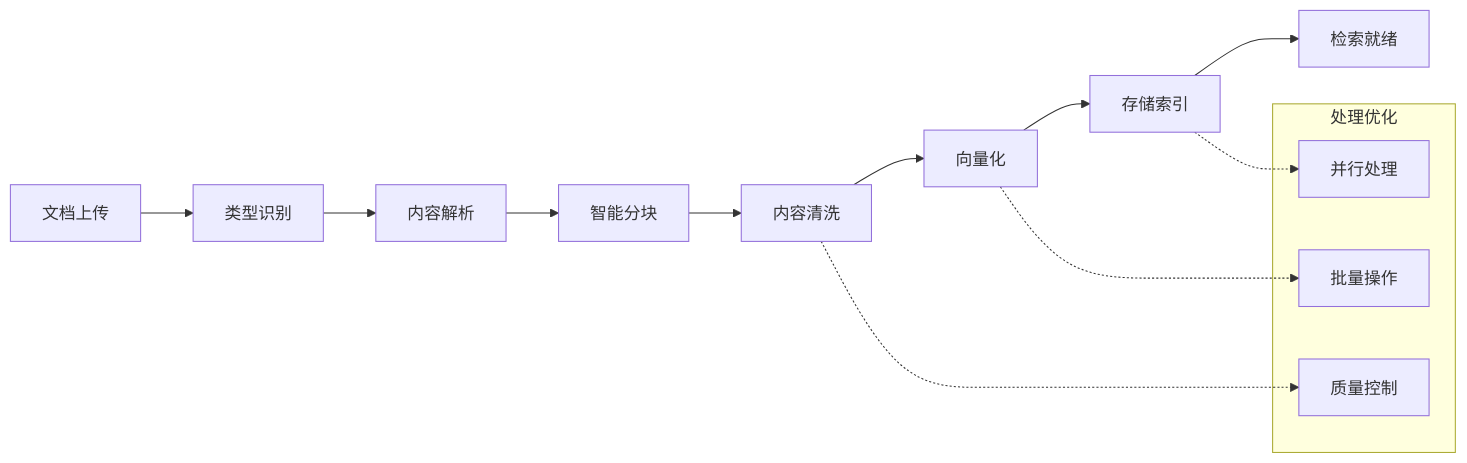
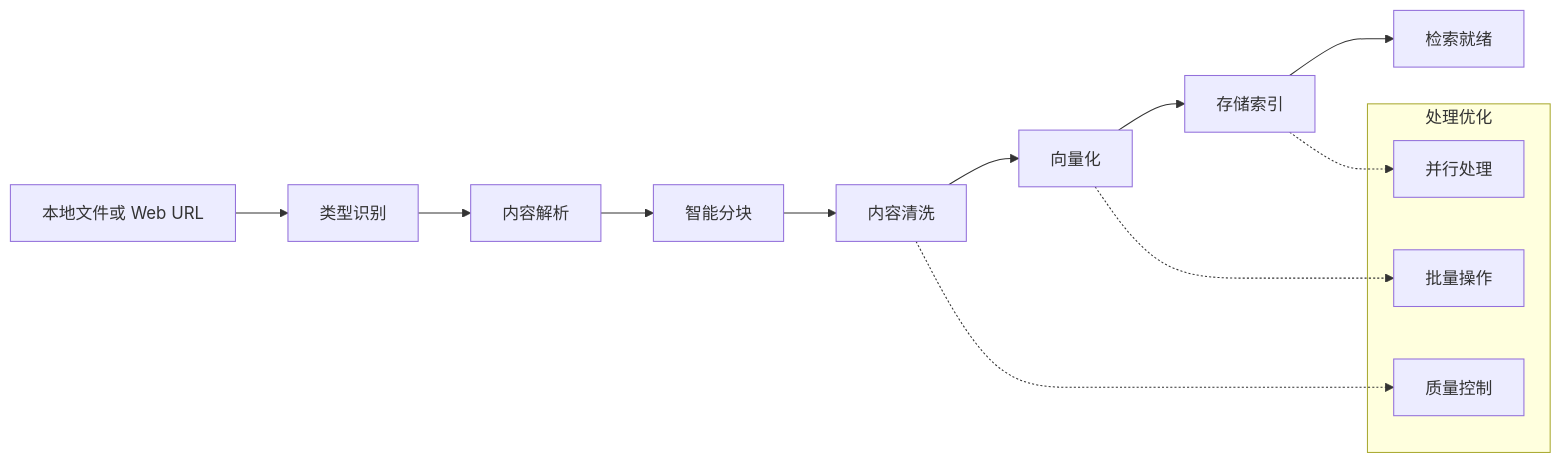
One commit to jitai-team/jitai-docs changed the first of 2 diagrams in i18n/zh/docusaurus-plugin-content-docs/current/devguide/knowledge-base/create-knowledge-elements.md. Above: the diagram before and after it, drawn with Mermaid. The commit also changed other lines of this file and 80 other files, not shown here.

````diff
--- a/i18n/zh/docusaurus-plugin-content-docs/current/devguide/knowledge-base/create-knowledge-elements.md
+++ b/i18n/zh/docusaurus-plugin-content-docs/current/devguide/knowledge-base/create-knowledge-elements.md
@@ -93,20 +45,20 @@
 ```mermaid
 flowchart LR
-    A[文档上传] --> B[类型识别]
+    A[本地文件或 Web URL] --> B[类型识别]
     B --> C[内容解析]
     C --> D[智能分块]
     D --> E[内容清洗]
     E --> F[向量化]
     F --> G[存储索引]
     G --> H[检索就绪]
 
     subgraph "处理优化"
         I[批量操作]
         J[并行处理]
         K[质量控制]
     end
 
     F -.-> I
     G -.-> J
     E -.-> K
 ```
````
